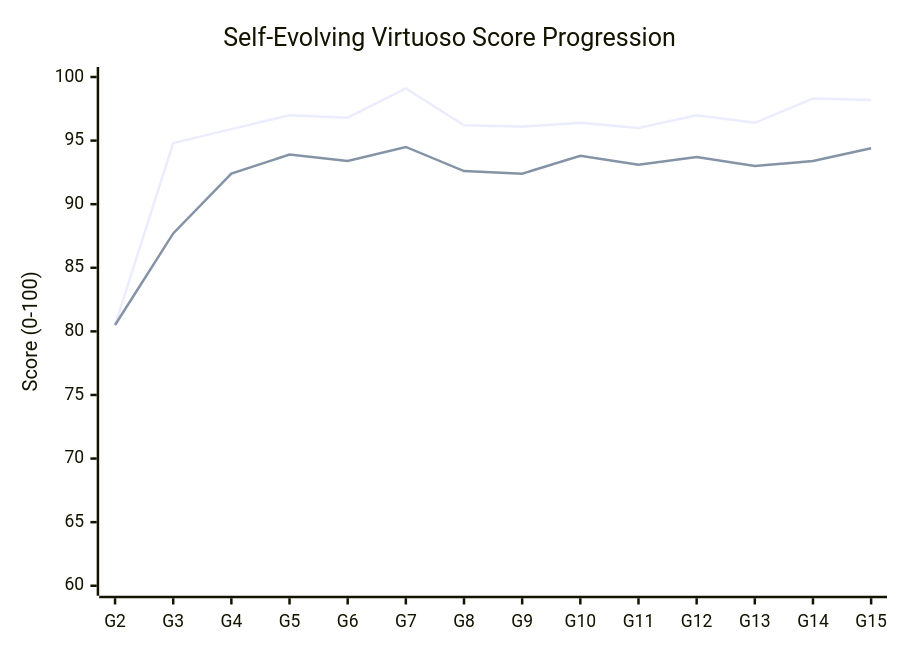
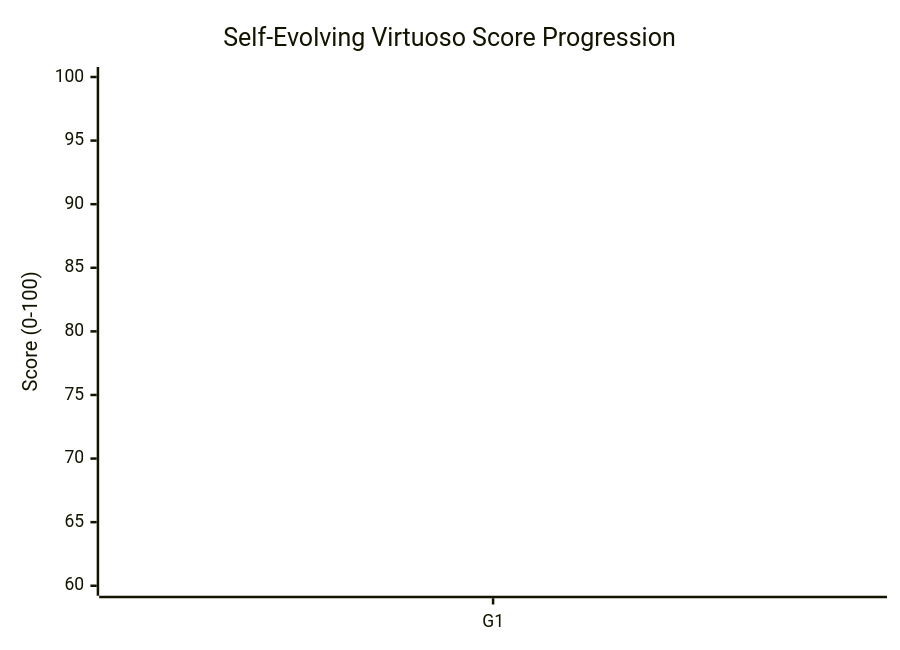
Before and after one commit to AI-Avalon/Disklavier-Auto: the first of 2 diagrams in obsidian_vault/00_Dashboard/Evolution_Overview.md, drawn with Mermaid. The commit also changed other lines of this file and 57 other files, not shown here.

````diff
--- a/obsidian_vault/00_Dashboard/Evolution_Overview.md
+++ b/obsidian_vault/00_Dashboard/Evolution_Overview.md
@@ -19,8 +19,8 @@
 ```mermaid
 xychart-beta
     title "Self-Evolving Virtuoso Score Progression"
-    x-axis [G2, G3, G4, G5, G6, G7, G8, G9, G10, G11, G12, G13, G14, G15]
+    x-axis [G1]
     y-axis "Score (0-100)" 60 --> 100
-    line [80.5, 94.8, 95.9, 97.0, 96.8, 99.1, 96.2, 96.1, 96.4, 96.0, 97.0, 96.4, 98.3, 98.2]
-    line [80.5, 87.7, 92.4, 93.9, 93.4, 94.5, 92.6, 92.4, 93.8, 93.1, 93.7, 93.0, 93.4, 94.4]
+    line [75.0]
+    line [72.0]
 ```
````
